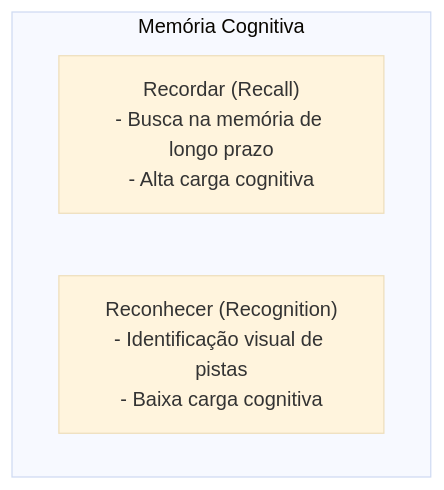
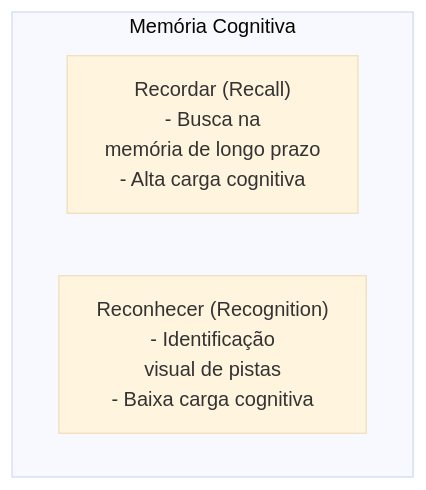
Before and after one commit to leorruas/puc: the third of 3 diagrams in 08. Design de Interacao/16. Interfaces gráficas - paradigma wimp, manipulação direta e reconhecer em vez de recordar.md, drawn with Mermaid (base theme). The commit also changed other lines of this file and 16 other files, not shown here.

Commit message:
style(mermaid): comprehensive audit and optimization of 45 Mermaid blocks across all 22 topic notes

````diff
--- a/08. Design de Interacao/16. Interfaces gráficas - paradigma wimp, manipulação direta e reconhecer em vez de recordar.md
+++ b/08. Design de Interacao/16. Interfaces gráficas - paradigma wimp, manipulação direta e reconhecer em vez de recordar.md
@@ -90,7 +90,7 @@
 ```mermaid
 graph TD
     subgraph Memoria ["Memória Cognitiva"]
-        Recall["Recordar (Recall)<br>- Busca na memória de longo prazo<br>- Alta carga cognitiva"]
-        Recognition["Reconhecer (Recognition)<br>- Identificação visual de pistas<br>- Baixa carga cognitiva"]
+        Recall["Recordar (Recall)<br>- Busca na<br>memória de longo prazo<br>- Alta carga cognitiva"]
+        Recognition["Reconhecer (Recognition)<br>- Identificação<br>visual de pistas<br>- Baixa carga cognitiva"]
     end
 ```
````
